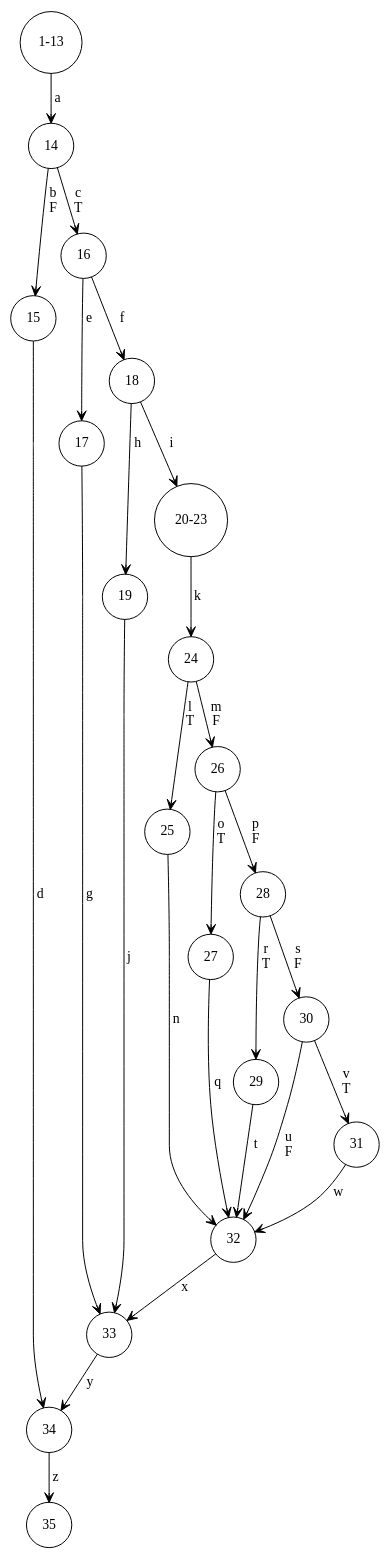
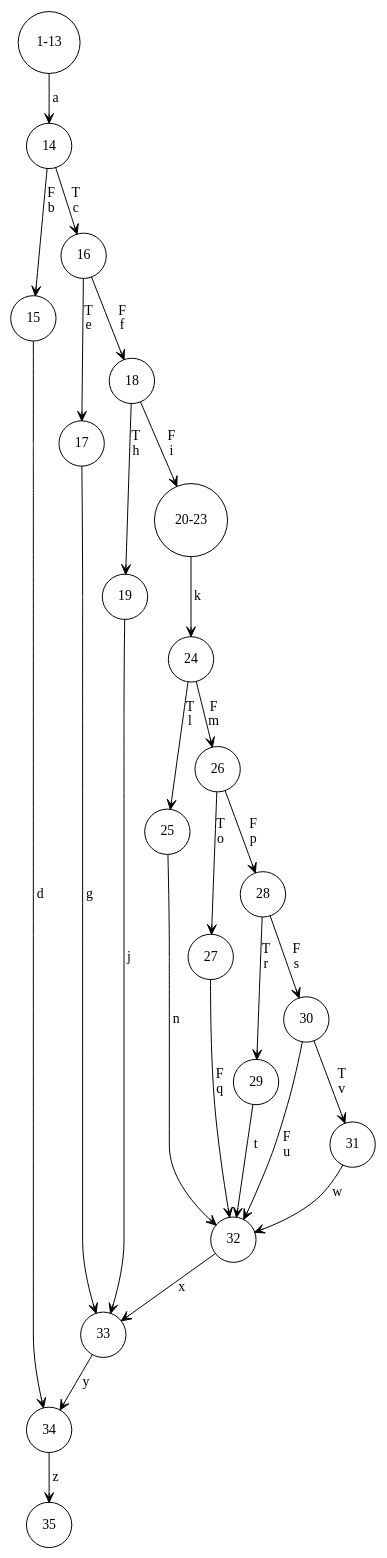
Before and after one commit to PH9/go-triangle: the diagram in CFG.dot, drawn with Graphviz.

Commit message:
move T/F in CFG to top

```diff
--- a/CFG.dot
+++ b/CFG.dot
@@ -1,40 +1,40 @@
 digraph CFG {
 	node [shape=circle];
 	edge [arrowhead=vee,arrowtail=dot];
 	
 	"1-13" -> 14 [label=" a"];
-	14 -> 15 [label=" b\nF"];
+	14 -> 15 [label="F\nb"];
 	15 -> 34  [label=" d"];
 
-	14 -> 16 [label=" c\nT"];
-	16 -> 17 [label=" e"];
+	14 -> 16 [label="T\nc"];
+	16 -> 17 [label="T\ne"];
 	17 -> 33 [label=" g"];
 
-	16 -> 18 [label=" f"];
-	18 -> 19 [label=" h"];
+	16 -> 18 [label="F\nf"];
+	18 -> 19 [label="T\nh"];
 	19 -> 33 [label=" j"];
 
-	18 -> "20-23" [label=" i"];
+	18 -> "20-23" [label="F\ni"];
 	"20-23" -> 24 [label=" k"];
 
-	24 -> 25 [label=" l\nT"];
+	24 -> 25 [label="T\nl"];
 	25 -> 32 [label=" n"];
 
-	24 -> 26 [label=" m\nF"];
-	26 -> 27 [label=" o\nT"];
-	27 -> 32 [label=" q"];
+	24 -> 26 [label="F\nm"];
+	26 -> 27 [label="T\no"];
+	27 -> 32 [label="F\nq"];
 
-	26 -> 28 [label="p\n F"];
-	28 -> 29 [label=" r\n T"];
+	26 -> 28 [label="F\np"];
+	28 -> 29 [label="T\nr"];
 	29 -> 32 [label=" t"];
 
-	28 -> 30 [label=" s\nF"];
-	30 -> 31 [label=" v\nT"];
+	28 -> 30 [label="F\ns"];
+	30 -> 31 [label="T\nv"];
 	31 -> 32 [label=" w"];
 
-	30 -> 32 [label=" u\nF"];
+	30 -> 32 [label="F\nu"];
 	32 -> 33 [label=" x"];
 
 	33 -> 34 [label=" y"];
 	34 -> 35 [label=" z"];
 }
```
